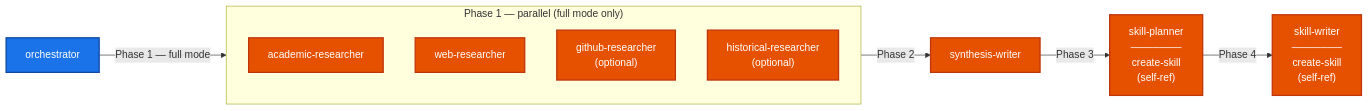
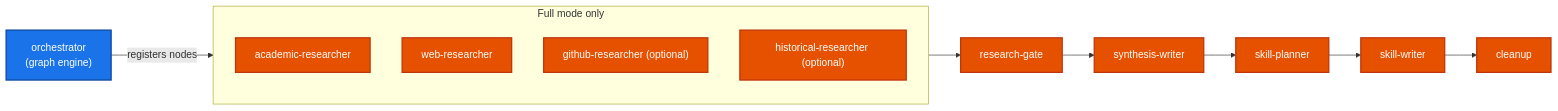
Before and after one commit to OliverEsoterik/fleet-management: the fourth of 6 diagrams in WORKFLOW.md, drawn with Mermaid. The commit also changed other lines of this file and 19 other files, not shown here.

Commit message:
refactor to graph

````diff
--- a/WORKFLOW.md
+++ b/WORKFLOW.md
@@ -79,26 +120,30 @@
 ```mermaid
 flowchart LR
   classDef skill fill:#1a73e8,color:#fff,stroke:#0d47a1,stroke-width:2px
-  classDef subagent fill:#e65100,color:#fff,stroke:#bf360c,stroke-width:2px
+  classDef node fill:#e65100,color:#fff,stroke:#bf360c,stroke-width:2px
 
-  orchestrator["orchestrator"]
+  orchestrator["orchestrator\n(graph engine)"]
 
-  subgraph researchPhase["Phase 1 — parallel (full mode only)"]
+  subgraph researchNodes["Full mode only"]
     academic["academic-researcher"]
     web["web-researcher"]
-    github["github-researcher<br/>(optional)"]
-    historical["historical-researcher<br/>(optional)"]
+    github["github-researcher (optional)"]
+    historical["historical-researcher (optional)"]
   end
 
+  researchGate["research-gate"]
   synthesisWriter["synthesis-writer"]
-  skillPlanner["skill-planner<br/>───────<br/>create-skill<br/>(self-ref)"]
-  skillWriter["skill-writer<br/>───────<br/>create-skill<br/>(self-ref)"]
+  skillPlanner["skill-planner"]
+  skillWriter["skill-writer"]
+  cleanup["cleanup"]
 
-  orchestrator -->|Phase 1 — full mode| researchPhase
-  researchPhase -->|Phase 2| synthesisWriter
-  synthesisWriter -->|Phase 3| skillPlanner
-  skillPlanner -->|Phase 4| skillWriter
+  orchestrator -->|registers nodes| researchNodes
+  researchNodes --> researchGate
+  researchGate --> synthesisWriter
+  synthesisWriter --> skillPlanner
+  skillPlanner --> skillWriter
+  skillWriter --> cleanup
 
   class orchestrator skill
-  class academic,web,github,historical,synthesisWriter,skillPlanner,skillWriter subagent
+  class academic,web,github,historical,researchGate,synthesisWriter,skillPlanner,skillWriter,cleanup node
 ```
````
